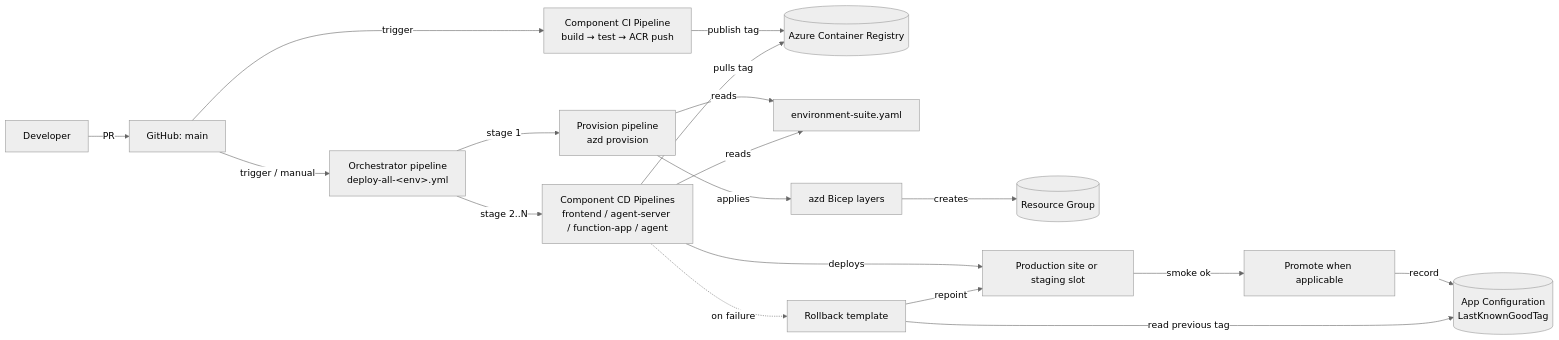
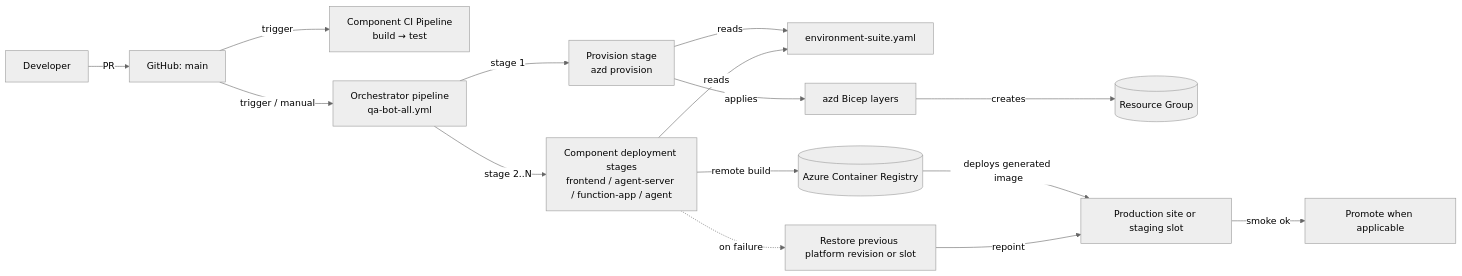
The diagram in tools/sdk-ai-bots/deployment/docs/deployment-architecture.md (Azure/azure-sdk-tools), drawn with Mermaid (neutral theme) before and after one commit. The commit also changed other lines of this file and 54 other files, not shown here.

Commit message:
Consolidate sdk-ai-bots deployment pipelines

````diff
--- a/tools/sdk-ai-bots/deployment/docs/deployment-architecture.md
+++ b/tools/sdk-ai-bots/deployment/docs/deployment-architecture.md
@@ -3,23 +3,19 @@
 ```mermaid
 graph LR
     DEV[Developer] -->|PR| GH[GitHub: main]
-    GH -->|trigger| CI[Component CI Pipeline<br/>build → test → ACR push]
-    CI -->|publish tag| ACR[(Azure Container Registry)]
+    GH -->|trigger| CI[Component CI Pipeline<br/>build → test]
 
-    GH -->|trigger / manual| ORCH[Orchestrator pipeline<br/>deploy-all-&lt;env&gt;.yml]
-    ORCH -->|stage 1| PROV[Provision pipeline<br/>azd provision]
+    GH -->|trigger / manual| ORCH[Orchestrator pipeline<br/>qa-bot-all.yml]
+    ORCH -->|stage 1| PROV[Provision stage<br/>azd provision]
     PROV -->|reads| ES[environment-suite.yaml]
     PROV -->|applies| INFRA[azd Bicep layers]
     INFRA -->|creates| RG[(Resource Group)]
 
-    ORCH -->|stage 2..N| CD[Component CD Pipelines<br/>frontend / agent-server / function-app / agent]
+    ORCH -->|stage 2..N| CD[Component deployment stages<br/>frontend / agent-server / function-app / agent]
     CD -->|reads| ES
-    CD -->|pulls tag| ACR
-    CD -->|deploys| TARGET[Production site or staging slot]
+    CD -->|remote build| ACR[(Azure Container Registry)]
+    ACR -->|deploys generated image| TARGET[Production site or staging slot]
     TARGET -->|smoke ok| PROMOTE[Promote when applicable]
-    PROMOTE -->|record| APPCFG[(App Configuration<br/>LastKnownGoodTag)]
-
-    CD -.->|on failure| RB[Rollback template]
-    RB -->|read previous tag| APPCFG
+    CD -.->|on failure| RB[Restore previous platform revision or slot]
     RB -->|repoint| TARGET
 ```
````
